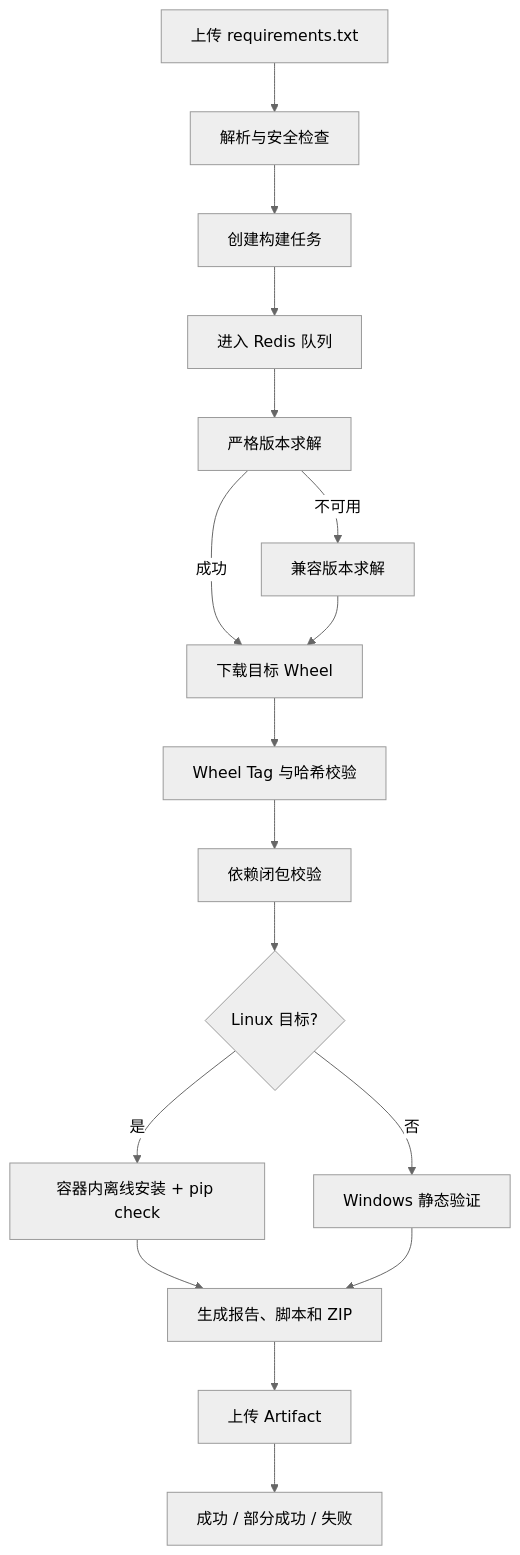
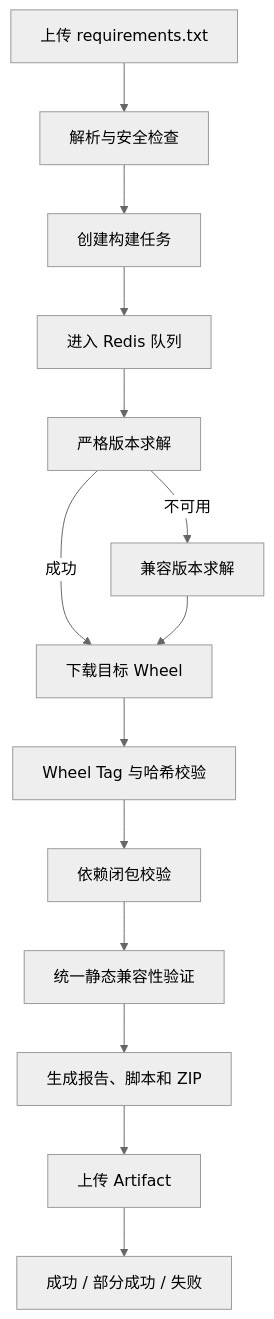
Before and after one commit to Endorphin1203/wheelforge: the second of 2 diagrams in docs/superpowers/specs/2026-07-22-wheelforge-backend-worker-design.md, drawn with Mermaid (neutral theme). The commit also changed other lines of this file, not shown here.

Commit message:
docs: switch WheelForge to static validation

````diff
--- a/docs/superpowers/specs/2026-07-22-wheelforge-backend-worker-design.md
+++ b/docs/superpowers/specs/2026-07-22-wheelforge-backend-worker-design.md
@@ -159,19 +158,16 @@
 ```mermaid
 flowchart TD
     Upload["上传 requirements.txt"] --> Parse["解析与安全检查"]
     Parse --> Create["创建构建任务"]
     Create --> Queue["进入 Redis 队列"]
     Queue --> Strict["严格版本求解"]
     Strict -->|成功| Download["下载目标 Wheel"]
     Strict -->|不可用| Compatible["兼容版本求解"]
     Compatible --> Download
     Download --> Tag["Wheel Tag 与哈希校验"]
     Tag --> Closure["依赖闭包校验"]
-    Closure --> Linux{"Linux 目标?"}
-    Linux -->|是| Offline["容器内离线安装 + pip check"]
-    Linux -->|否| Static["Windows 静态验证"]
-    Offline --> Package["生成报告、脚本和 ZIP"]
-    Static --> Package
+    Closure --> Static["统一静态兼容性验证"]
+    Static --> Package["生成报告、脚本和 ZIP"]
     Package --> Artifact["上传 Artifact"]
     Artifact --> Result["成功 / 部分成功 / 失败"]
 ```
````
